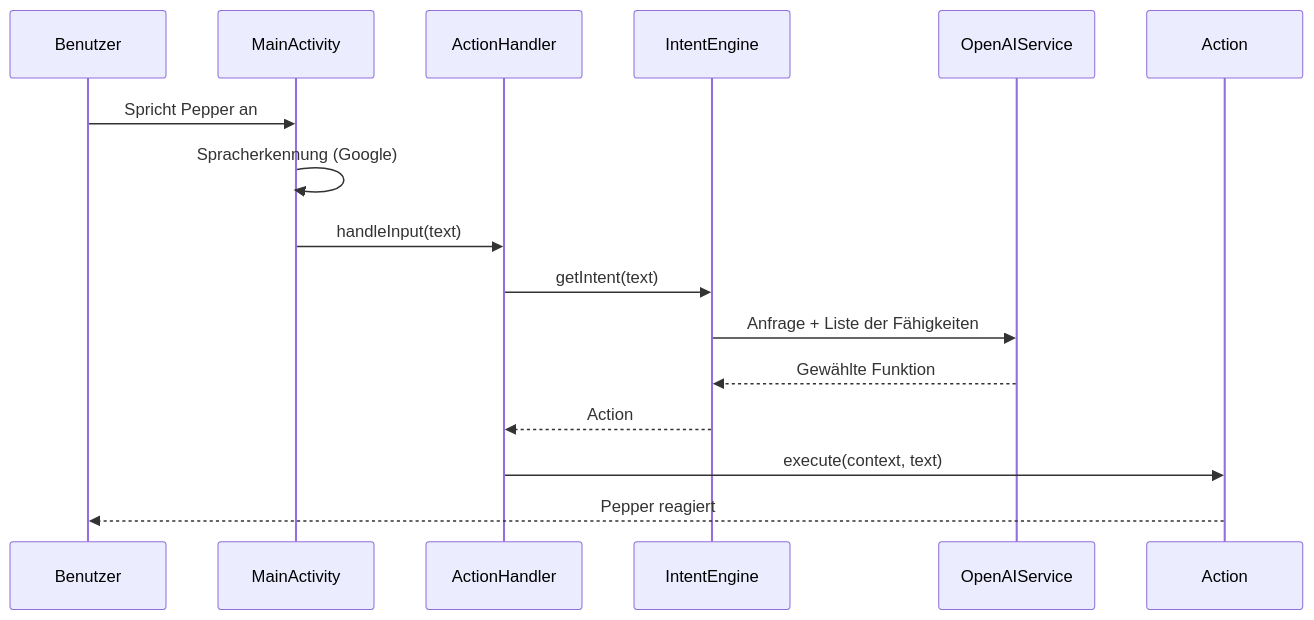
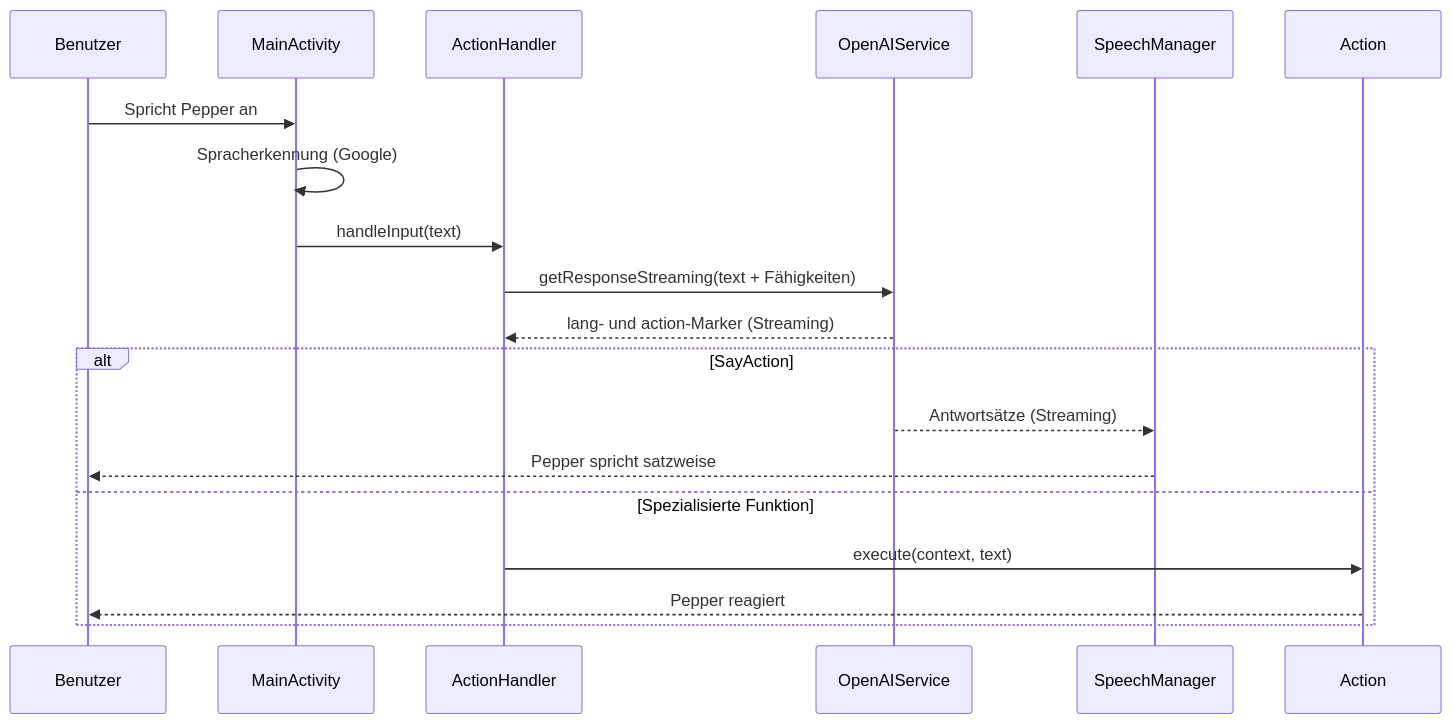
The second of 3 diagrams in README.md (nijasc/Pepper), drawn with Mermaid before and after one commit. The commit also changed other lines of this file, not shown here.

````diff
--- a/README.md
+++ b/README.md
@@ -107,18 +121,21 @@
 ```mermaid
 sequenceDiagram
     participant U as Benutzer
     participant M as MainActivity
     participant AH as ActionHandler
-    participant IE as IntentEngine
     participant AI as OpenAIService
+    participant SM as SpeechManager
     participant AC as Action
     U->>M: Spricht Pepper an
     M->>M: Spracherkennung (Google)
     M->>AH: handleInput(text)
-    AH->>IE: getIntent(text)
-    IE->>AI: Anfrage + Liste der Fähigkeiten
-    AI-->>IE: Gewählte Funktion
-    IE-->>AH: Action
-    AH->>AC: execute(context, text)
-    AC-->>U: Pepper reagiert
+    AH->>AI: getResponseStreaming(text + Fähigkeiten)
+    AI-->>AH: lang- und action-Marker (Streaming)
+    alt SayAction
+        AI-->>SM: Antwortsätze (Streaming)
+        SM-->>U: Pepper spricht satzweise
+    else Spezialisierte Funktion
+        AH->>AC: execute(context, text)
+        AC-->>U: Pepper reagiert
+    end
 ```
````
